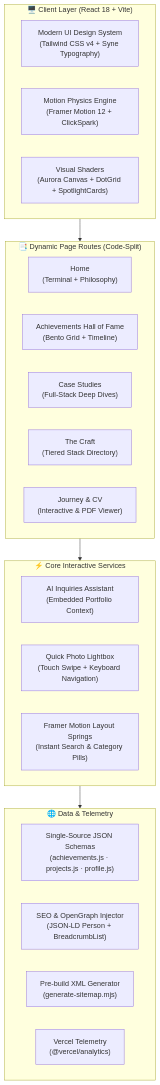
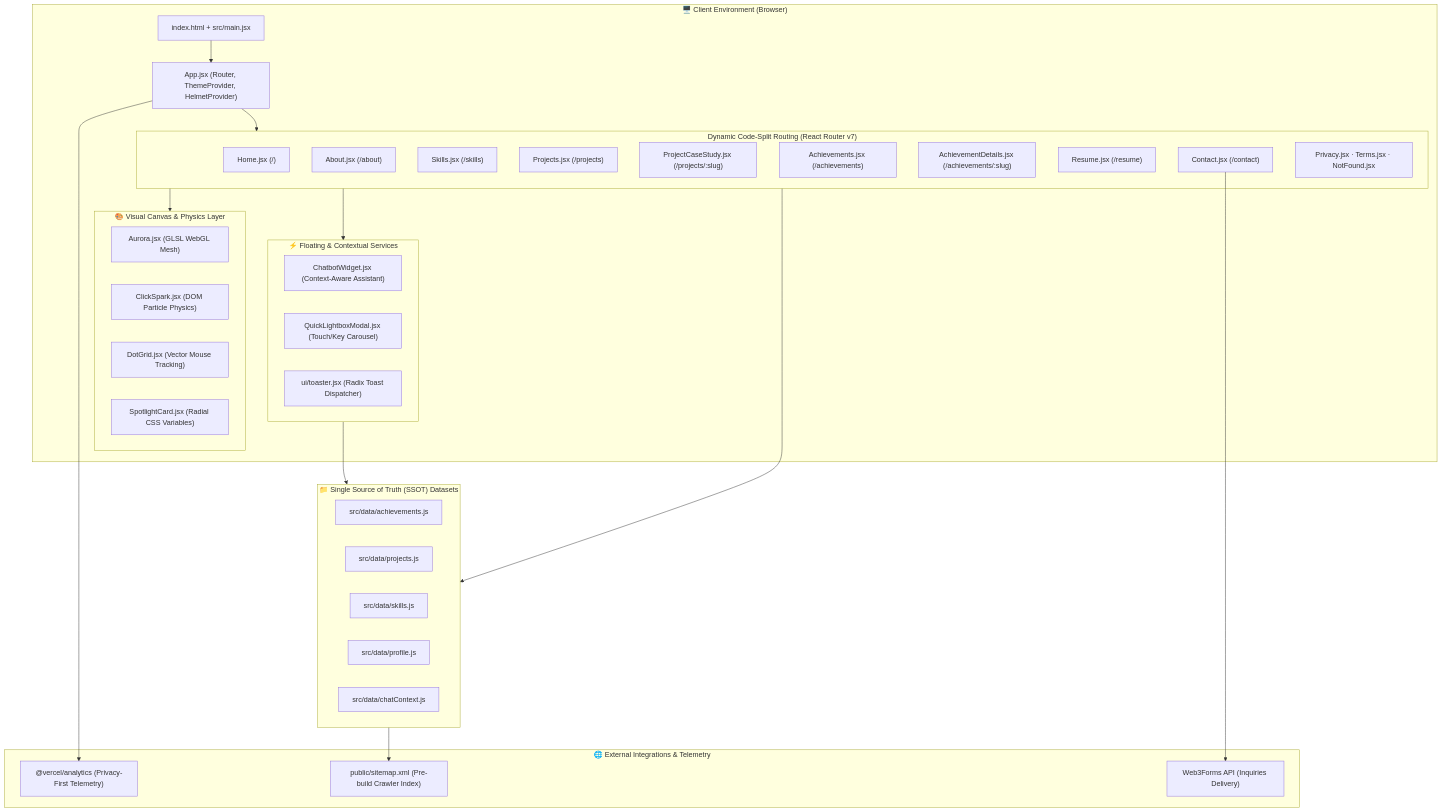
One commit to shahdhairyah/Portfolio changed the first of 4 diagrams in README.md. Above: the diagram before and after it, drawn with Mermaid. The commit also changed other lines of this file, not shown here.

````diff
--- a/README.md
+++ b/README.md
@@ -85,33 +211,57 @@
 ```mermaid
 flowchart TD
-    subgraph Client["🖥️ Client Layer (React 18 + Vite)"]
-        UI["Modern UI Design System<br/>(Tailwind CSS v4 + Syne Typography)"]
-        Physics["Motion Physics Engine<br/>(Framer Motion 12 + ClickSpark)"]
-        Canvas["Visual Shaders<br/>(Aurora Canvas + DotGrid + SpotlightCards)"]
+    subgraph Browser["🖥️ Client Environment (Browser)"]
+        EntryPoint["index.html + src/main.jsx"]
+        App["App.jsx (Router, ThemeProvider, HelmetProvider)"]
+        
+        subgraph Routing["Dynamic Code-Split Routing (React Router v7)"]
+            Home["Home.jsx (/)"]
+            About["About.jsx (/about)"]
+            Skills["Skills.jsx (/skills)"]
+            Projects["Projects.jsx (/projects)"]
+            CaseStudy["ProjectCaseStudy.jsx (/projects/:slug)"]
+            Achievements["Achievements.jsx (/achievements)"]
+            AchDetails["AchievementDetails.jsx (/achievements/:slug)"]
+            Resume["Resume.jsx (/resume)"]
+            Contact["Contact.jsx (/contact)"]
+            Legal["Privacy.jsx · Terms.jsx · NotFound.jsx"]
+        end
+
+        subgraph Shaders["🎨 Visual Canvas & Physics Layer"]
+            Aurora["Aurora.jsx (GLSL WebGL Mesh)"]
+            ClickSpark["ClickSpark.jsx (DOM Particle Physics)"]
+            DotGrid["DotGrid.jsx (Vector Mouse Tracking)"]
+            Spotlight["SpotlightCard.jsx (Radial CSS Variables)"]
+        end
+
+        subgraph InteractiveWidgets["⚡ Floating & Contextual Services"]
+            Chatbot["ChatbotWidget.jsx (Context-Aware Assistant)"]
+            Lightbox["QuickLightboxModal.jsx (Touch/Key Carousel)"]
+            Toaster["ui/toaster.jsx (Radix Toast Dispatcher)"]
+        end
     end
 
-    subgraph Views["📑 Dynamic Page Routes (Code-Split)"]
-        Home["Home<br/>(Terminal + Philosophy)"]
-        HallOfFame["Achievements Hall of Fame<br/>(Bento Grid + Timeline)"]
-        Projects["Case Studies<br/>(Full-Stack Deep Dives)"]
-        Skills["The Craft<br/>(Tiered Stack Directory)"]
-        Resume["Journey & CV<br/>(Interactive & PDF Viewer)"]
+    subgraph DataLayer["📁 Single Source of Truth (SSOT) Datasets"]
+        achievements_js["src/data/achievements.js"]
+        projects_js["src/data/projects.js"]
+        skills_js["src/data/skills.js"]
+        profile_js["src/data/profile.js"]
+        chatContext_js["src/data/chatContext.js"]
     end
 
-    subgraph CoreEngine["⚡ Core Interactive Services"]
-        Chatbot["AI Inquiries Assistant<br/>(Embedded Portfolio Context)"]
-        Lightbox["Quick Photo Lightbox<br/>(Touch Swipe + Keyboard Navigation)"]
-        Filters["Framer Motion Layout Springs<br/>(Instant Search & Category Pills)"]
+    subgraph Telemetry["🌐 External Integrations & Telemetry"]
+        Web3Forms["Web3Forms API (Inquiries Delivery)"]
+        VercelAnalytics["@vercel/analytics (Privacy-First Telemetry)"]
+        SitemapXML["public/sitemap.xml (Pre-build Crawler Index)"]
     end
 
-    subgraph DataSEO["🌐 Data & Telemetry"]
-        DataConfig["Single-Source JSON Schemas<br/>(achievements.js · projects.js · profile.js)"]
-        SEOService["SEO & OpenGraph Injector<br/>(JSON-LD Person + BreadcrumbList)"]
-        Sitemap["Pre-build XML Generator<br/>(generate-sitemap.mjs)"]
-        Analytics["Vercel Telemetry<br/>(@vercel/analytics)"]
-    end
-
-    Client --> Views
-    Views --> CoreEngine
-    CoreEngine --> DataSEO
+    EntryPoint --> App
+    App --> Routing
+    Routing --> Shaders
+    Routing --> InteractiveWidgets
+    Routing --> DataLayer
+    InteractiveWidgets --> DataLayer
+    Contact --> Web3Forms
+    App --> VercelAnalytics
+    DataLayer --> SitemapXML
 ```
````
